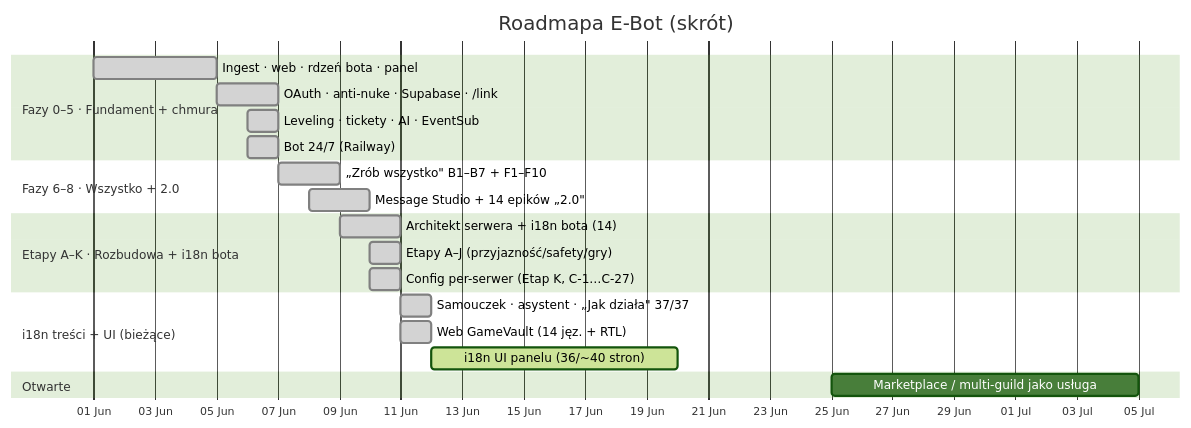
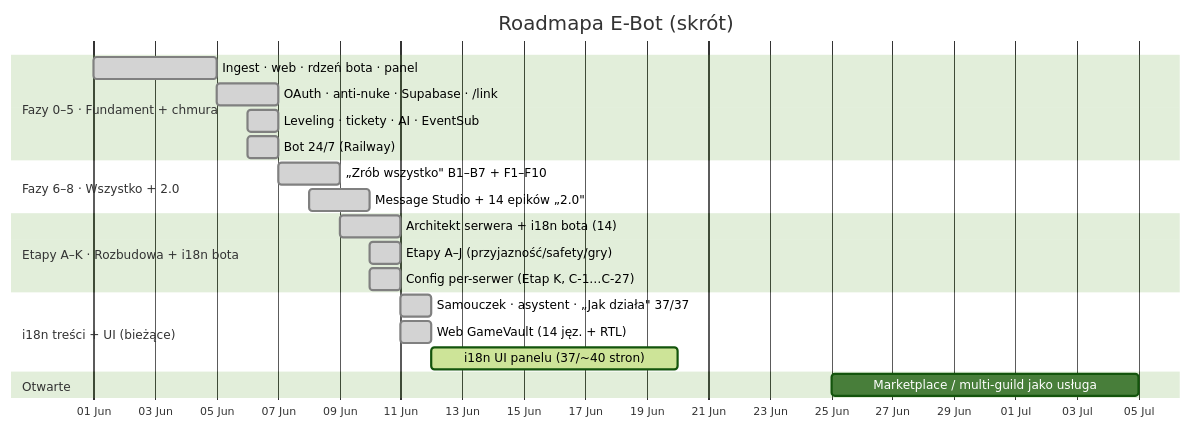
Before and after one commit to Gh0s777tt/E-Bot: the first of 2 diagrams in docs/ROADMAP.md, drawn with Mermaid (forest theme). The commit also changed other lines of this file and 12 other files, not shown here.

````diff
--- a/docs/ROADMAP.md
+++ b/docs/ROADMAP.md
@@ -23,24 +23,24 @@
 ```mermaid
 gantt
   title Roadmapa E-Bot (skrót)
   dateFormat YYYY-MM-DD
   axisFormat %d %b
   section Fazy 0–5 · Fundament + chmura
   Ingest · web · rdzeń bota · panel    :done, f0, 2026-06-01, 4d
   OAuth · anti-nuke · Supabase · /link :done, f1, 2026-06-05, 2d
   Leveling · tickety · AI · EventSub   :done, f4, 2026-06-06, 1d
   Bot 24/7 (Railway)                   :done, f5, 2026-06-06, 1d
   section Fazy 6–8 · Wszystko + 2.0
   „Zrób wszystko" B1–B7 + F1–F10       :done, f7, 2026-06-07, 2d
   Message Studio + 14 epików „2.0"     :done, f8, 2026-06-08, 2d
   section Etapy A–K · Rozbudowa + i18n bota
   Architekt serwera + i18n bota (14)   :done, ek1, 2026-06-09, 2d
   Etapy A–J (przyjazność/safety/gry)   :done, ek2, 2026-06-10, 1d
   Config per-serwer (Etap K, C-1…C-27) :done, ek3, 2026-06-10, 1d
   section i18n treści + UI (bieżące)
   Samouczek · asystent · „Jak działa" 37/37 :done, i1, 2026-06-11, 1d
   Web GameVault (14 jęz. + RTL)        :done, i2, 2026-06-11, 1d
-  i18n UI panelu (36/~40 stron)        :active, i3, 2026-06-12, 8d
+  i18n UI panelu (37/~40 stron)        :active, i3, 2026-06-12, 8d
   section Otwarte
   Marketplace / multi-guild jako usługa :        mk, 2026-06-25, 10d
 ```
````
